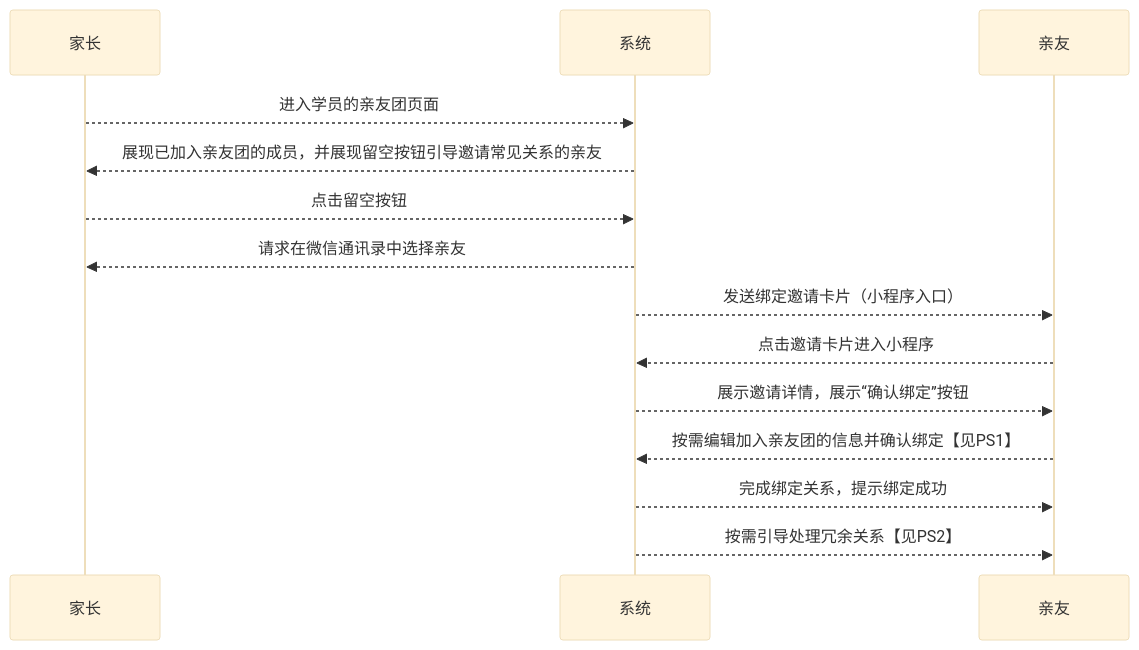
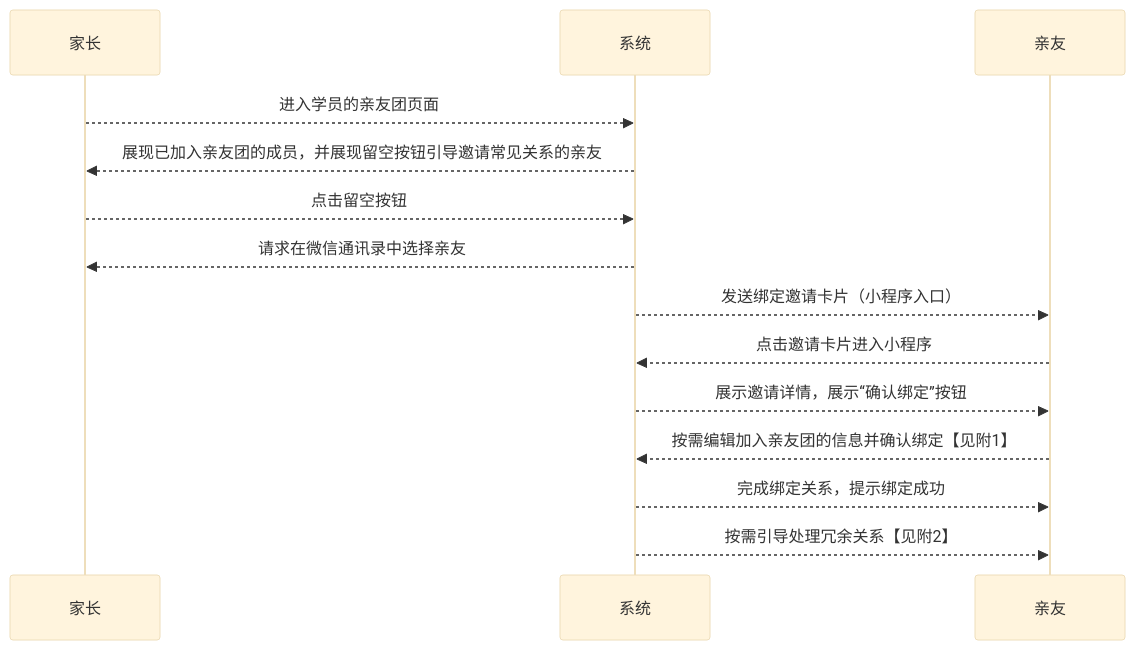
The first of 2 diagrams in 用例/家长-学员关系绑定.md (world-wide-web/sign), drawn with Mermaid (base theme) before and after one commit. The commit also changed other lines of this file, not shown here.

````diff
--- a/用例/家长-学员关系绑定.md
+++ b/用例/家长-学员关系绑定.md
@@ -10,24 +10,24 @@
 ```mermaid
 sequenceDiagram
 
 家长-->>系统: 进入学员的亲友团页面
 
 系统-->>家长: 展现已加入亲友团的成员，并展现留空按钮引导邀请常见关系的亲友
 
 家长-->>系统: 点击留空按钮
 
 系统-->>家长: 请求在微信通讯录中选择亲友
 
 系统-->>亲友: 发送绑定邀请卡片（小程序入口）
 
 亲友-->>系统: 点击邀请卡片进入小程序
 
 系统-->>亲友: 展示邀请详情，展示“确认绑定”按钮
 
-亲友-->>系统: 按需编辑加入亲友团的信息并确认绑定【见PS1】
+亲友-->>系统: 按需编辑加入亲友团的信息并确认绑定【见附1】
 
 系统-->>亲友: 完成绑定关系，提示绑定成功
 
-系统-->>亲友: 按需引导处理冗余关系【见PS2】
+系统-->>亲友: 按需引导处理冗余关系【见附2】
 
 ```
````
